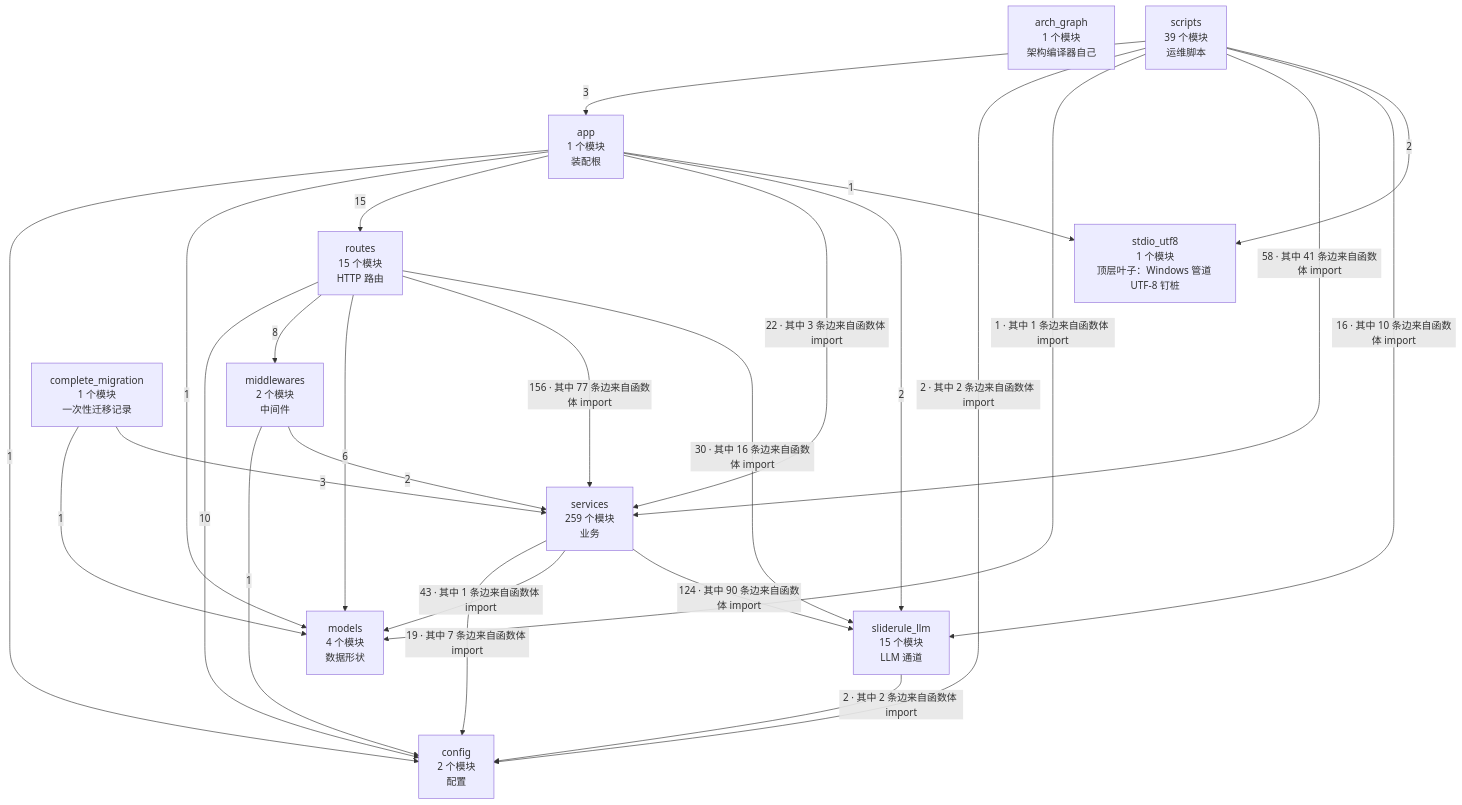
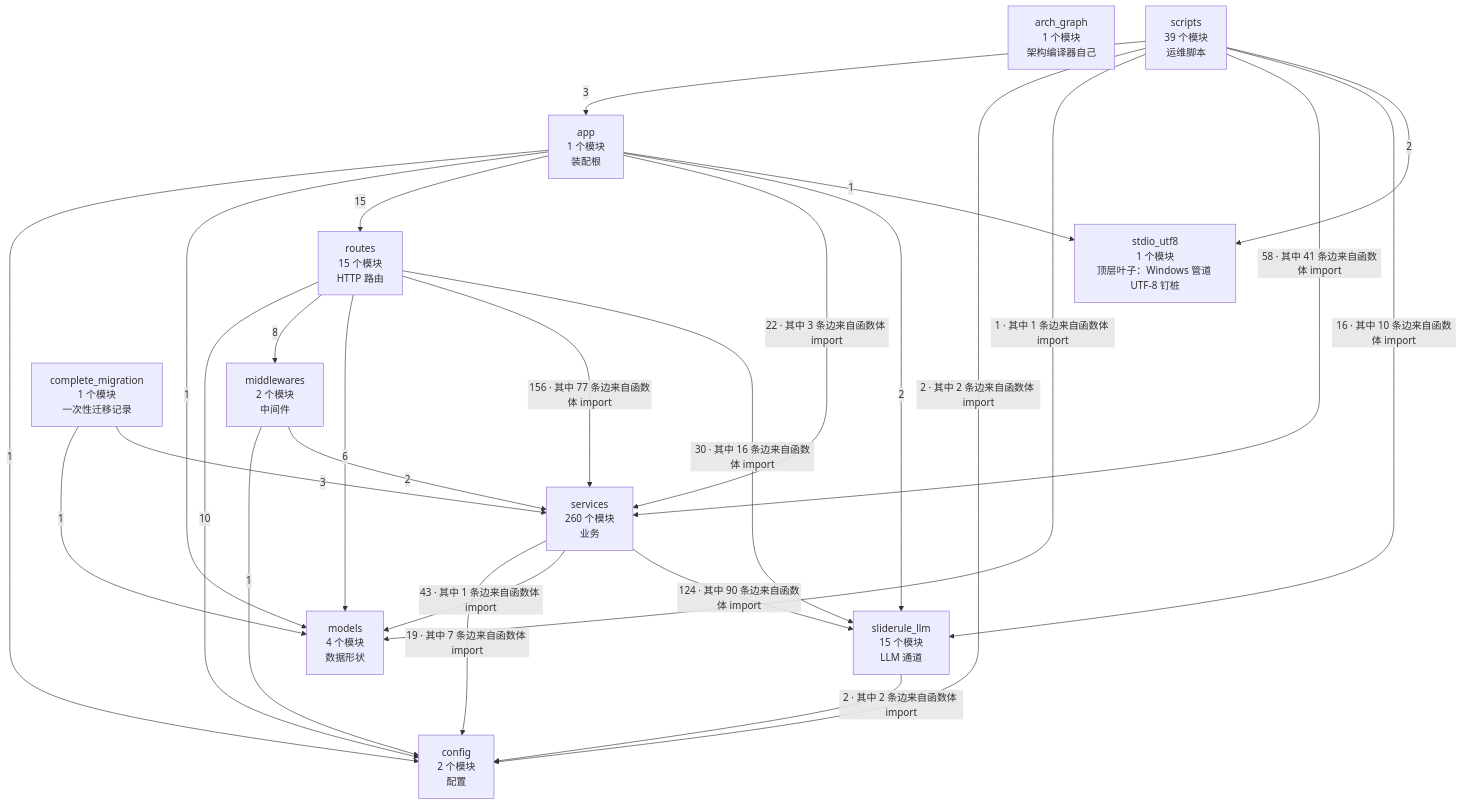
One commit to 2686521696/WhyBuddy changed the second of 4 diagrams in docs/SlideRule V6.2 架构图（自动生成）.md. Above: the diagram before and after it, drawn with Mermaid. The commit also changed other lines of this file and 13 other files, not shown here.

````diff
--- a/docs/SlideRule V6.2 架构图（自动生成）.md
+++ b/docs/SlideRule V6.2 架构图（自动生成）.md
@@ -62,39 +62,39 @@
 ```mermaid
 flowchart TB
   arch_graph["arch_graph<br/>1 个模块<br/>架构编译器自己"]
   config["config<br/>2 个模块<br/>配置"]
   models["models<br/>4 个模块<br/>数据形状"]
   stdio_utf8["stdio_utf8<br/>1 个模块<br/>顶层叶子：Windows 管道 UTF-8 钉桩"]
   sliderule_llm["sliderule_llm<br/>15 个模块<br/>LLM 通道"]
   middlewares["middlewares<br/>2 个模块<br/>中间件"]
-  services["services<br/>259 个模块<br/>业务"]
+  services["services<br/>260 个模块<br/>业务"]
   routes["routes<br/>15 个模块<br/>HTTP 路由"]
   app["app<br/>1 个模块<br/>装配根"]
   complete_migration["complete_migration<br/>1 个模块<br/>一次性迁移记录"]
   scripts["scripts<br/>39 个模块<br/>运维脚本"]
   app -->|1| config
   app -->|1| models
   app -->|15| routes
   app -->|22 · 其中 3 条边来自函数体 import| services
   app -->|2| sliderule_llm
   app -->|1| stdio_utf8
   complete_migration -->|1| models
   complete_migration -->|3| services
   middlewares -->|1| config
   middlewares -->|2| services
   routes -->|10| config
   routes -->|8| middlewares
   routes -->|6| models
   routes -->|156 · 其中 77 条边来自函数体 import| services
   routes -->|30 · 其中 16 条边来自函数体 import| sliderule_llm
   scripts -->|3| app
   scripts -->|2 · 其中 2 条边来自函数体 import| config
   scripts -->|1 · 其中 1 条边来自函数体 import| models
   scripts -->|58 · 其中 41 条边来自函数体 import| services
   scripts -->|16 · 其中 10 条边来自函数体 import| sliderule_llm
   scripts -->|2| stdio_utf8
   services -->|19 · 其中 7 条边来自函数体 import| config
   services -->|43 · 其中 1 条边来自函数体 import| models
   services -->|124 · 其中 90 条边来自函数体 import| sliderule_llm
   sliderule_llm -->|2 · 其中 2 条边来自函数体 import| config
 ```
````
